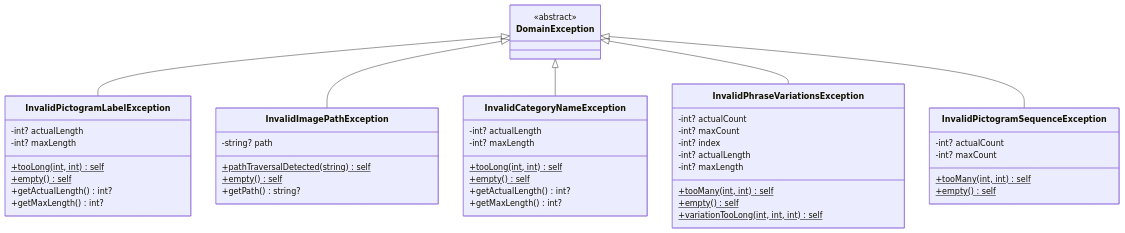
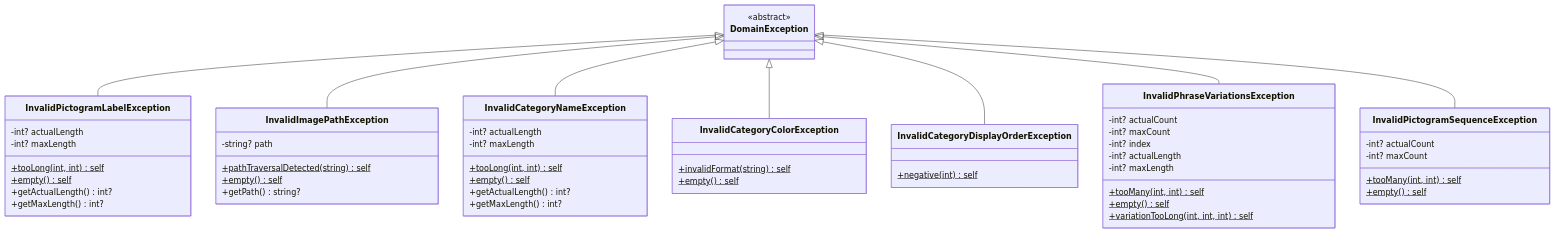
Before and after one commit to luismiglezmohino/HablaIA: the fifth of 5 diagrams in docs/diagrams/domain-layer.md, drawn with Mermaid. The commit also changed other lines of this file and 9 other files, not shown here.

````diff
--- a/docs/diagrams/domain-layer.md
+++ b/docs/diagrams/domain-layer.md
@@ -252,57 +261,68 @@
 ```mermaid
 classDiagram
     direction TB
 
     class DomainException {
         <<abstract>>
     }
 
     class InvalidPictogramLabelException {
         -int? actualLength
         -int? maxLength
         +tooLong(int, int)$ self
         +empty()$ self
         +getActualLength() int?
         +getMaxLength() int?
     }
 
     class InvalidImagePathException {
         -string? path
         +pathTraversalDetected(string)$ self
         +empty()$ self
         +getPath() string?
     }
 
     class InvalidCategoryNameException {
         -int? actualLength
         -int? maxLength
         +tooLong(int, int)$ self
         +empty()$ self
         +getActualLength() int?
         +getMaxLength() int?
     }
 
+    class InvalidCategoryColorException {
+        +invalidFormat(string)$ self
+        +empty()$ self
+    }
+
+    class InvalidCategoryDisplayOrderException {
+        +negative(int)$ self
+    }
+
     class InvalidPhraseVariationsException {
         -int? actualCount
         -int? maxCount
         -int? index
         -int? actualLength
         -int? maxLength
         +tooMany(int, int)$ self
         +empty()$ self
         +variationTooLong(int, int, int)$ self
     }
 
     class InvalidPictogramSequenceException {
         -int? actualCount
         -int? maxCount
         +tooMany(int, int)$ self
         +empty()$ self
     }
 
     DomainException <|-- InvalidPictogramLabelException
     DomainException <|-- InvalidImagePathException
     DomainException <|-- InvalidCategoryNameException
+    DomainException <|-- InvalidCategoryColorException
+    DomainException <|-- InvalidCategoryDisplayOrderException
     DomainException <|-- InvalidPhraseVariationsException
     DomainException <|-- InvalidPictogramSequenceException
 ```
````
